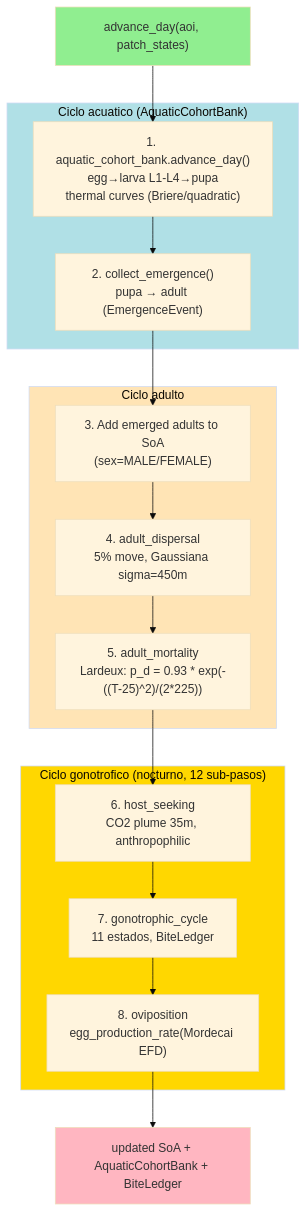
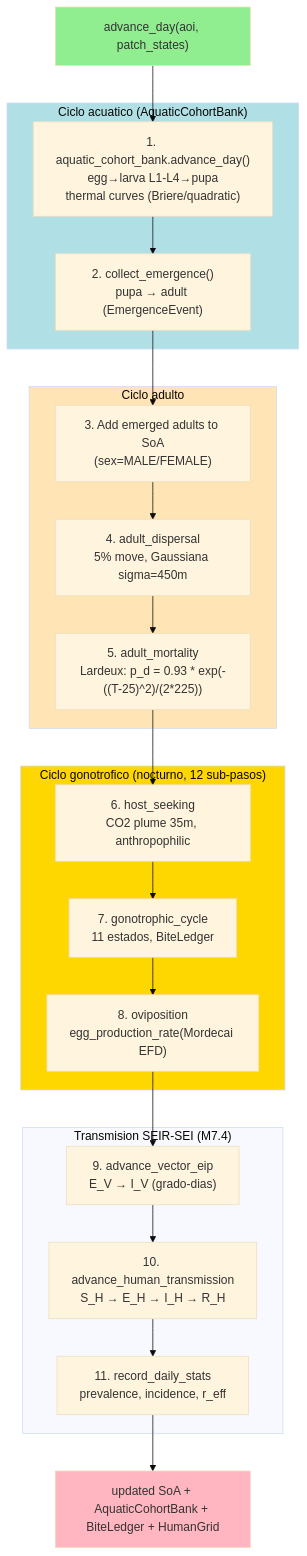
One commit to ANFAIA/MalariaSentinel changed the ninth of 14 diagrams in docs/system-status.md. Above: the diagram before and after it, drawn with Mermaid (base theme). The commit also changed other lines of this file and 12 other files, not shown here.

````diff
--- a/docs/system-status.md
+++ b/docs/system-status.md
@@ -593,32 +601,39 @@
 ```mermaid
 graph TB
     START["advance_day(aoi, patch_states)"]
 
     subgraph AQUATIC["Ciclo acuatico (AquaticCohortBank)"]
         AQ1["1. aquatic_cohort_bank.advance_day()<br/>egg→larva L1-L4→pupa<br/>thermal curves (Briere/quadratic)"]
         AQ2["2. collect_emergence()<br/>pupa → adult (EmergenceEvent)"]
     end
 
     subgraph ADULT["Ciclo adulto"]
         AD1["3. Add emerged adults to SoA<br/>(sex=MALE/FEMALE)"]
         AD2["4. adult_dispersal<br/>5% move, Gaussiana sigma=450m"]
         AD3["5. adult_mortality<br/>Lardeux: p_d = 0.93 * exp(-((T-25)^2)/(2*225))"]
     end
 
     subgraph GONOTROPHIC["Ciclo gonotrofico (nocturno, 12 sub-pasos)"]
         GN1["6. host_seeking<br/>CO2 plume 35m, anthropophilic"]
         GN2["7. gonotrophic_cycle<br/>11 estados, BiteLedger"]
         GN3["8. oviposition<br/>egg_production_rate(Mordecai EFD)"]
     end
 
-    END["updated SoA + AquaticCohortBank + BiteLedger"]
+    subgraph TRANSMISSION["Transmision SEIR-SEI (M7.4)"]
+        TR1["9. advance_vector_eip<br/>E_V → I_V (grado-dias)"]
+        TR2["10. advance_human_transmission<br/>S_H → E_H → I_H → R_H"]
+        TR3["11. record_daily_stats<br/>prevalence, incidence, r_eff"]
+    end
+
+    END["updated SoA + AquaticCohortBank + BiteLedger + HumanGrid"]
 
     START --> AQ1 --> AQ2 --> AD1 --> AD2 --> AD3
-    AD3 --> GN1 --> GN2 --> GN3 --> END
+    AD3 --> GN1 --> GN2 --> GN3
+    GN3 --> TR1 --> TR2 --> TR3 --> END
 
     style AQUATIC fill:#B0E0E6
     style ADULT fill:#FFE4B5
     style GONOTROPHIC fill:#FFD700
     style START fill:#90EE90
     style END fill:#FFB6C1
 ```
````
